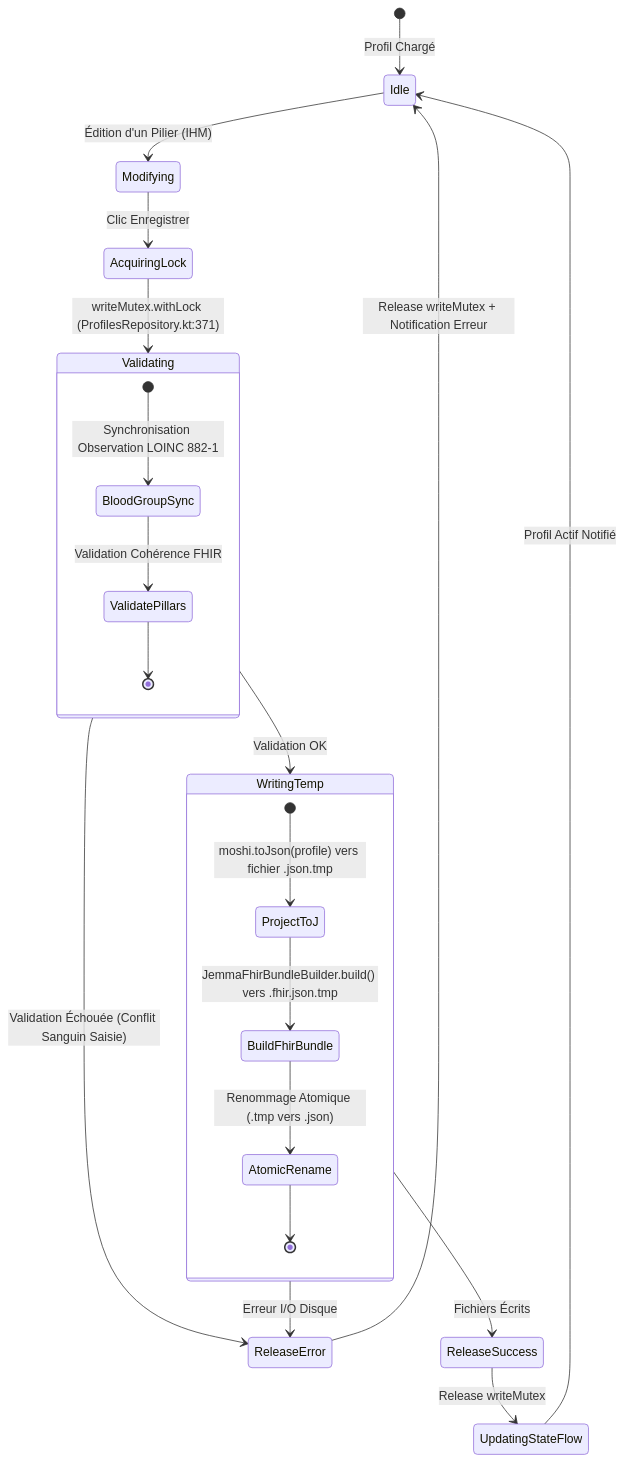
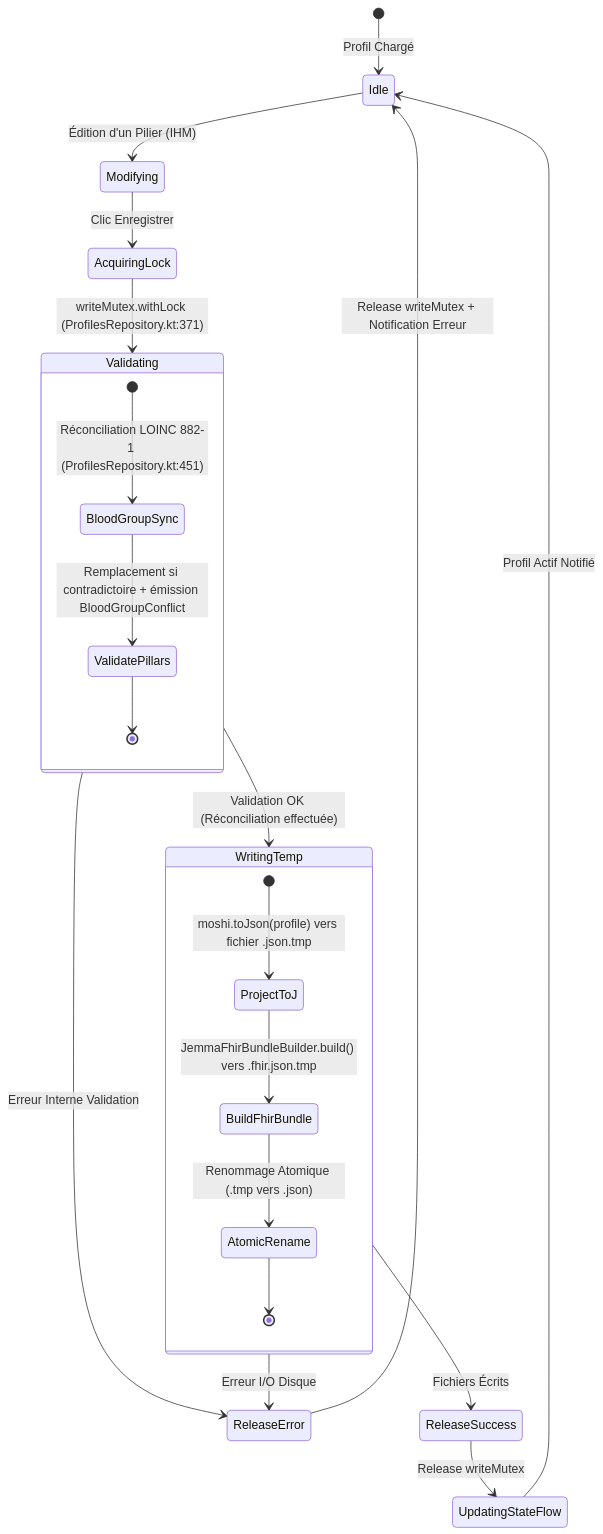
One commit to kurodohenroonsen/JemmaPass changed the ninth of 21 diagrams in docs/DOCUMENTATION_UML_FONCTIONNELLE.md. Above: the diagram before and after it, drawn with Mermaid. The commit also changed other lines of this file and 1 other file, not shown here.

````diff
--- a/docs/DOCUMENTATION_UML_FONCTIONNELLE.md
+++ b/docs/DOCUMENTATION_UML_FONCTIONNELLE.md
@@ -516,31 +517,31 @@
 ```mermaid
 stateDiagram-v2
     [*] --> Idle : Profil Chargé
 
     Idle --> Modifying : Édition d'un Pilier (IHM)
     Modifying --> AcquiringLock : Clic Enregistrer
     AcquiringLock --> Validating : writeMutex.withLock (ProfilesRepository.kt:371)
     
     state Validating {
-        [*] --> BloodGroupSync : Synchronisation Observation LOINC 882-1
-        BloodGroupSync --> ValidatePillars : Validation Cohérence FHIR
+        [*] --> BloodGroupSync : Réconciliation LOINC 882-1 (ProfilesRepository.kt:451)
+        BloodGroupSync --> ValidatePillars : Remplacement si contradictoire + émission BloodGroupConflict
         ValidatePillars --> [*]
     }
 
-    Validating --> WritingTemp : Validation OK
-    Validating --> ReleaseError : Validation Échouée (Conflit Sanguin Saisie)
+    Validating --> WritingTemp : Validation OK (Réconciliation effectuée)
+    Validating --> ReleaseError : Erreur Interne Validation
 
     state WritingTemp {
         [*] --> ProjectToJ : moshi.toJson(profile) vers fichier .json.tmp
         ProjectToJ --> BuildFhirBundle : JemmaFhirBundleBuilder.build() vers .fhir.json.tmp
         BuildFhirBundle --> AtomicRename : Renommage Atomique (.tmp vers .json)
         AtomicRename --> [*]
     }
 
     WritingTemp --> ReleaseSuccess : Fichiers Écrits
     WritingTemp --> ReleaseError : Erreur I/O Disque
 
     ReleaseSuccess --> UpdatingStateFlow : Release writeMutex
     ReleaseError --> Idle : Release writeMutex + Notification Erreur
     UpdatingStateFlow --> Idle : Profil Actif Notifié
 ```
````
